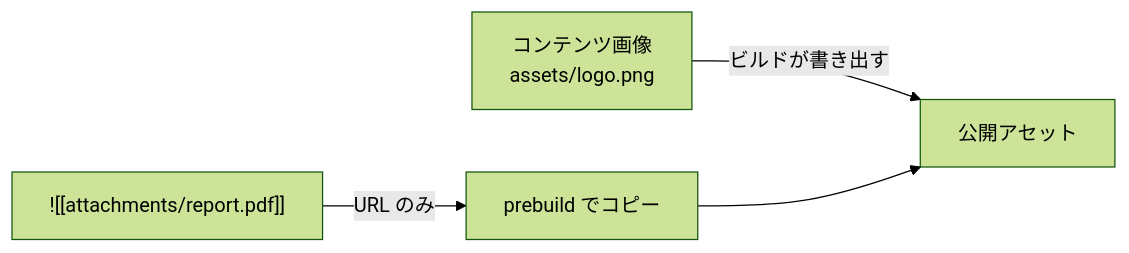
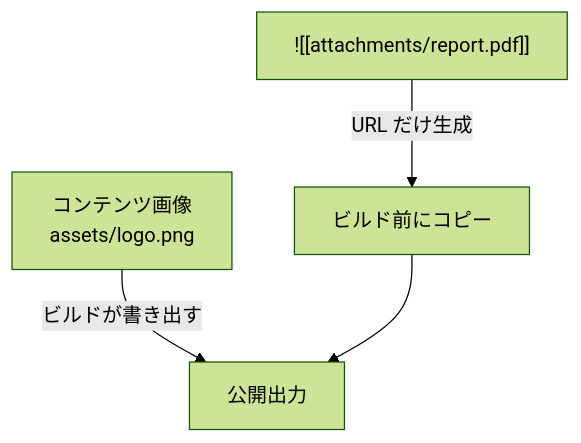
The fourth of 5 diagrams in docs/docs/guides/deployment/separate-content-repository/publishing.ja.md (Rerurate514/riebeckite), drawn with Mermaid (forest theme) before and after one commit. The commit also changed other lines of this file and 133 other files, not shown here.

````diff
--- a/docs/docs/guides/deployment/separate-content-repository/publishing.ja.md
+++ b/docs/docs/guides/deployment/separate-content-repository/publishing.ja.md
@@ -62,9 +158,9 @@
 ```mermaid
-flowchart LR
+flowchart TD
     Image["コンテンツ画像<br/>assets/logo.png"]
     Attach["![[attachments/report.pdf]]"]
 
-    Image -->|"ビルドが書き出す"| Public["公開アセット"]
-    Attach -->|"URL のみ"| Copy["prebuild でコピー"]
-    Copy --> Public
+    Image -->|"ビルドが書き出す"| Output["公開出力"]
+    Attach -->|"URL だけ生成"| Prebuild["ビルド前にコピー"]
+    Prebuild --> Output
 ```
````
